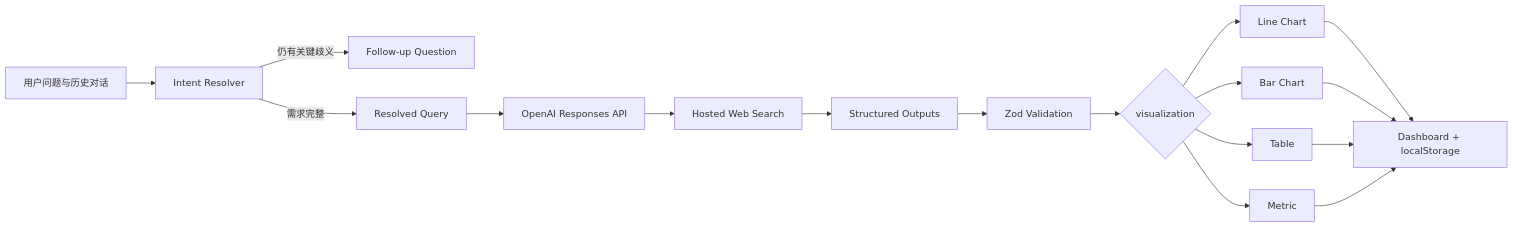
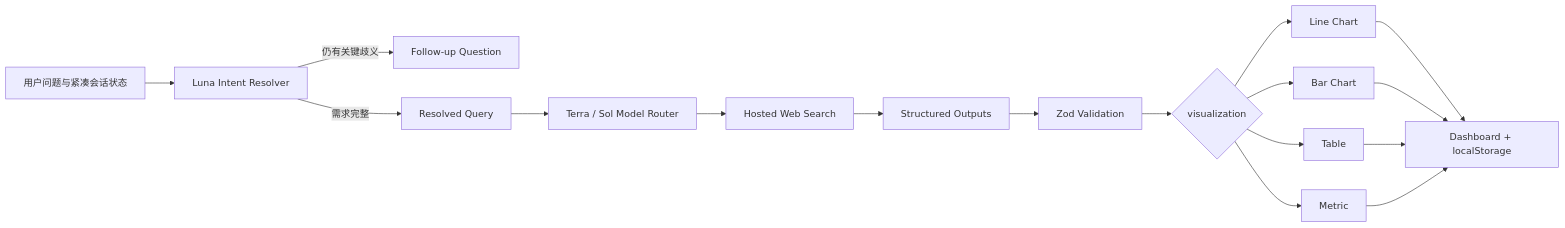
Before and after one commit to weifanwu/polaris: the diagram in README.md, drawn with Mermaid. The commit also changed other lines of this file and 12 other files, not shown here.

````diff
--- a/README.md
+++ b/README.md
@@ -93,19 +97,19 @@
 ```mermaid
 flowchart LR
-    U["用户问题与历史对话"] --> I["Intent Resolver"]
+    U["用户问题与紧凑会话状态"] --> I["Luna Intent Resolver"]
     I -->|"仍有关键歧义"| Q["Follow-up Question"]
     I -->|"需求完整"| R["Resolved Query"]
-    R --> O["OpenAI Responses API"]
+    R --> O["Terra / Sol Model Router"]
     O --> W["Hosted Web Search"]
     W --> S["Structured Outputs"]
     S --> Z["Zod Validation"]
     Z --> V{"visualization"}
     V --> L["Line Chart"]
     V --> B["Bar Chart"]
     V --> T["Table"]
     V --> M["Metric"]
     L --> D["Dashboard + localStorage"]
     B --> D
     T --> D
     M --> D
 ```
````
